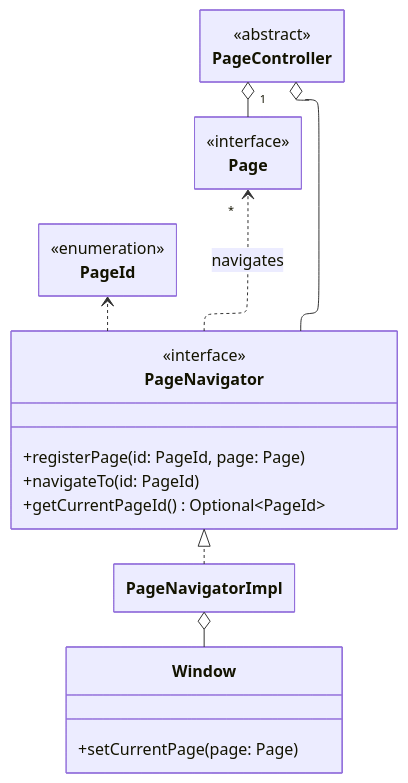
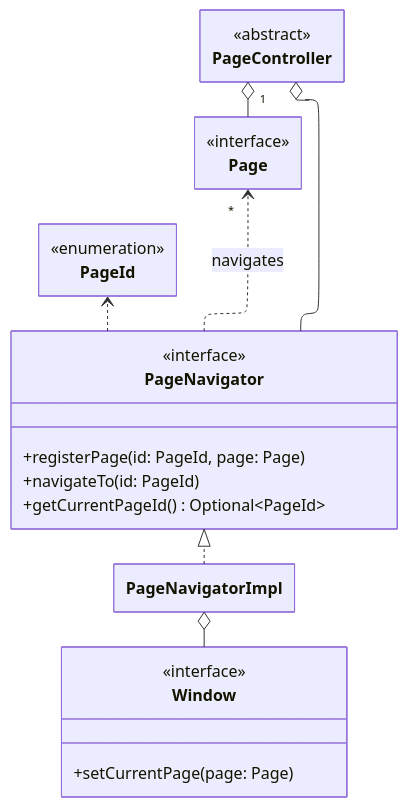
Before and after one commit to Wanes01/OOP24-jvmt-REPORT: the diagram in code/Other/uml/emir/navigator.mermaid, drawn with Mermaid. The commit also changed 4 other files, not shown here.

Commit message:
Changed images, removed template boilerplate and changed architecture description

```diff
--- a/code/Other/uml/emir/navigator.mermaid
+++ b/code/Other/uml/emir/navigator.mermaid
@@ -1,36 +1,37 @@
 ---
 config:
   layout: elk
   class:
     hideEmptyMembersBox: true
 ---
 classDiagram
 direction BT
     class PageNavigator {
 	    +registerPage(id: PageId, page: Page)
 	    +navigateTo(id: PageId)
 	    +getCurrentPageId() Optional~PageId~
     }
     class PageId {
     }
     class Page {
     }
     class PageNavigatorImpl {
     }
+    class PageController {
+    }
     class Window {
 	    +setCurrentPage(page: Page)
-    }
-    class PageController {
     }
 
 	<<interface>> PageNavigator
 	<<enumeration>> PageId
 	<<interface>> Page
 	<<abstract>> PageController
+	<<interface>> Window
 
     PageNavigator ..> PageId
     PageNavigator ..> "*" Page : navigates
     PageNavigatorImpl ..|> PageNavigator
     Window --o PageNavigatorImpl
     PageNavigator --o PageController
     Page "1" --o PageController
```
